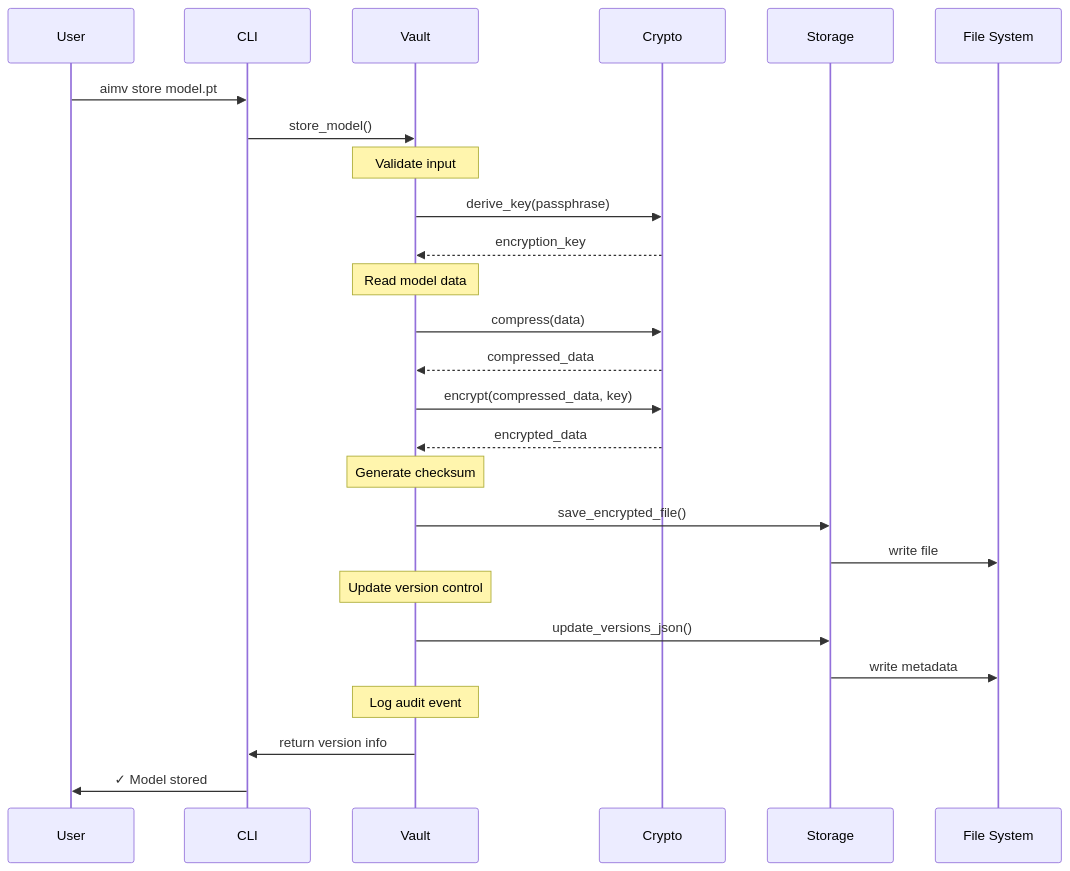
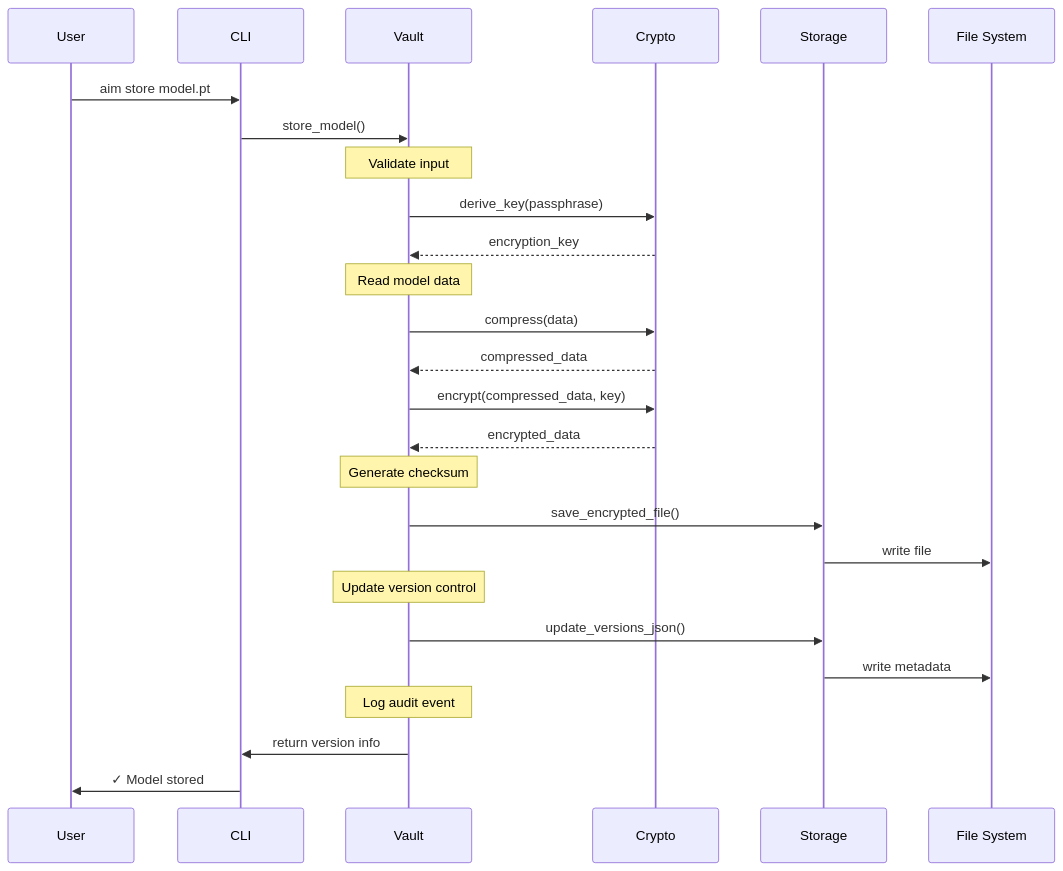
One commit to nervosys/AIModelVault changed the second of 10 diagrams in docs/ARCHITECTURE.md. Above: the diagram before and after it, drawn with Mermaid. The commit also changed other lines of this file and 7 other files, not shown here.

````diff
--- a/docs/ARCHITECTURE.md
+++ b/docs/ARCHITECTURE.md
@@ -60,35 +82,35 @@
 ```mermaid
 sequenceDiagram
     participant User
     participant CLI
     participant Vault
     participant Crypto
     participant Storage
     participant FS as File System
     
-    User->>CLI: aimv store model.pt
+    User->>CLI: aim store model.pt
     CLI->>Vault: store_model()
     
     Note over Vault: Validate input
     Vault->>Crypto: derive_key(passphrase)
     Crypto-->>Vault: encryption_key
     
     Note over Vault: Read model data
     Vault->>Crypto: compress(data)
     Crypto-->>Vault: compressed_data
     
     Vault->>Crypto: encrypt(compressed_data, key)
     Crypto-->>Vault: encrypted_data
     
     Note over Vault: Generate checksum
     Vault->>Storage: save_encrypted_file()
     Storage->>FS: write file
     
     Note over Vault: Update version control
     Vault->>Storage: update_versions_json()
     Storage->>FS: write metadata
     
     Note over Vault: Log audit event
     Vault->>CLI: return version info
     CLI->>User: ✓ Model stored
 ```
````
